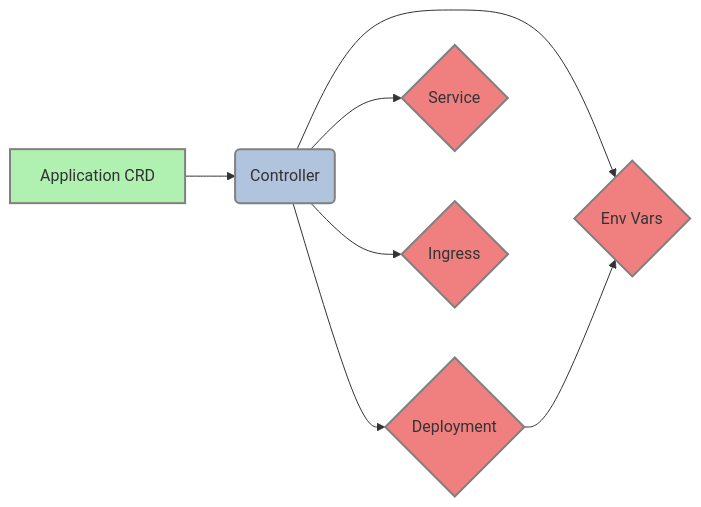
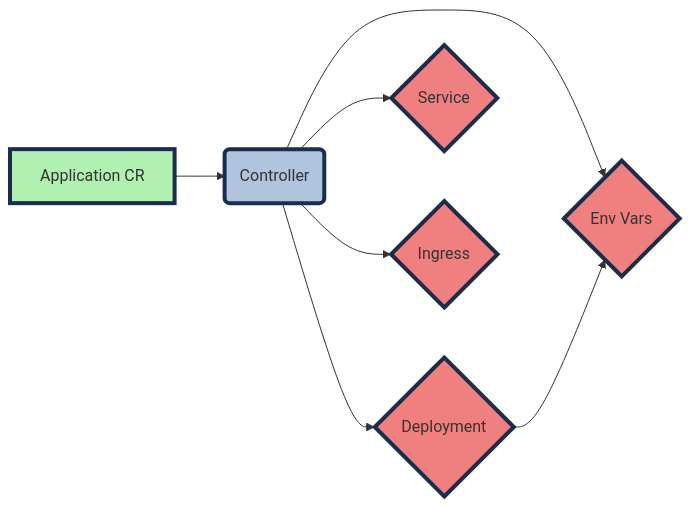
One commit to sakiib/application-lifecycle-manager changed the diagram in README.md. Above: the diagram before and after it, drawn with Mermaid.

Commit message:
fix lint errors

````diff
--- a/README.md
+++ b/README.md
@@ -63,15 +63,15 @@
 ```mermaid
 graph LR
-    A[Application CRD] --> B(Controller);
+    A[Application CR] --> B(Controller);
     B --> C{Deployment};
     B --> D{Service};
     B --> E{Ingress};
     B --> F{Env Vars};
     C --> F{Env Vars};
-    style A fill:#b0f0b0,stroke:#808080,stroke-width:2px
-    style B fill:#b0c4de,stroke:#808080,stroke-width:2px
-    style C fill:#f08080,stroke:#808080,stroke-width:2px
-    style D fill:#f08080,stroke:#808080,stroke-width:2px
-    style E fill:#f08080,stroke:#808080,stroke-width:2px
-    style F fill:#f08080,stroke:#808080,stroke-width:2px
+    style A fill:#b0f0b0,stroke:#1c2c4c,stroke-width:4px
+    style B fill:#b0c4de,stroke:#1c2c4c,stroke-width:4px
+    style C fill:#f08080,stroke:#1c2c4c,stroke-width:4px
+    style D fill:#f08080,stroke:#1c2c4c,stroke-width:4px
+    style E fill:#f08080,stroke:#1c2c4c,stroke-width:4px
+    style F fill:#f08080,stroke:#1c2c4c,stroke-width:4px
 ```
````
